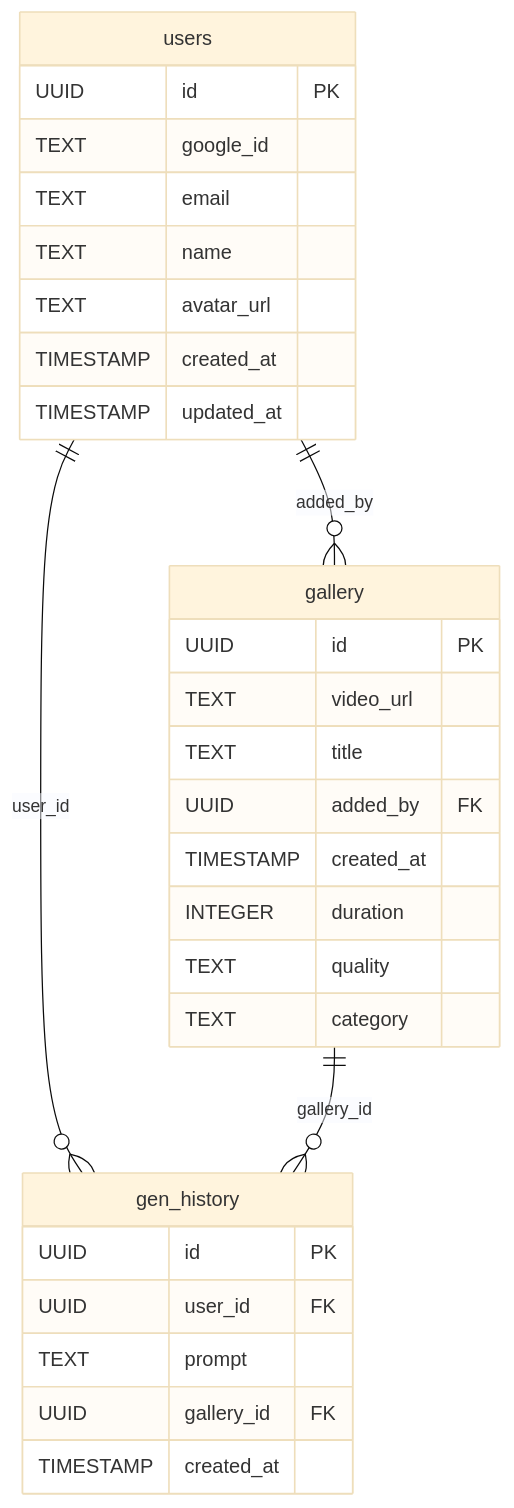
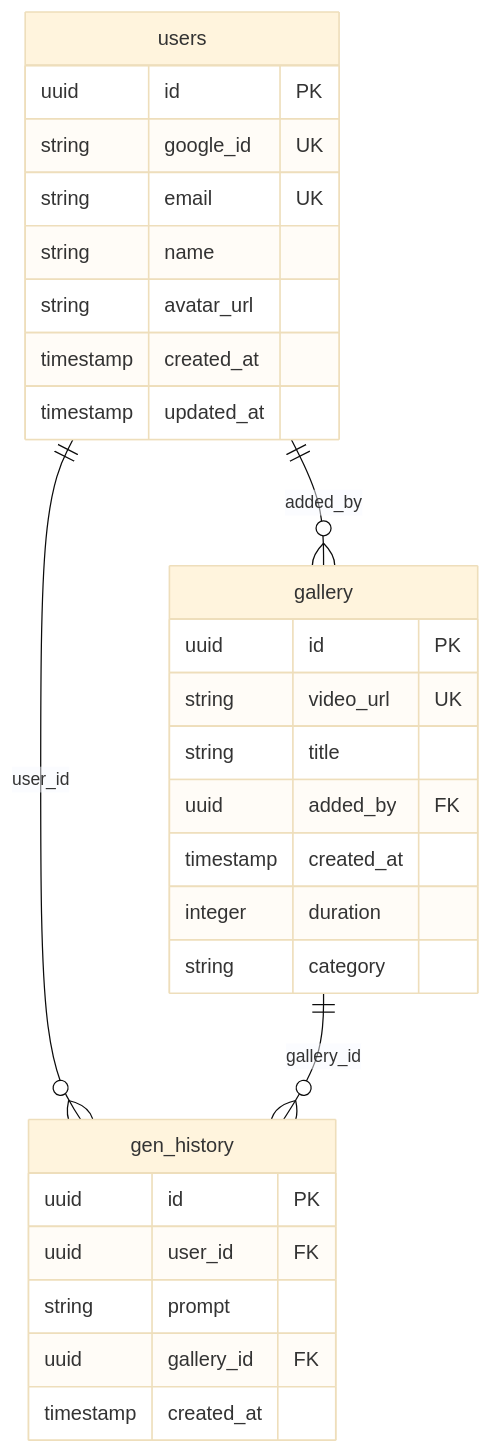
The diagram in diagram/database_schema.mmd (anhhuy007/ai-video-generator), drawn with Mermaid (base theme) before and after one commit. The commit also changed 3 other files, not shown here.

Commit message:
fix: ERD database + class diagram

```diff
--- a/diagram/database_schema.mmd
+++ b/diagram/database_schema.mmd
@@ -1,33 +1,32 @@
 erDiagram
+    users ||--o{ gallery : "added_by"
+    users ||--o{ gen_history : "user_id"
+    gallery ||--o{ gen_history : "gallery_id"
+
     users {
-        UUID id PK
-        TEXT google_id
-        TEXT email
-        TEXT name
-        TEXT avatar_url
-        TIMESTAMP created_at
-        TIMESTAMP updated_at
+        uuid id PK
+        string google_id UK
+        string email UK
+        string name
+        string avatar_url
+        timestamp created_at
+        timestamp updated_at
     }
 
     gallery {
-        UUID id PK
-        TEXT video_url
-        TEXT title
-        UUID added_by FK
-        TIMESTAMP created_at
-        INTEGER duration
-        TEXT quality
-        TEXT category
+        uuid id PK
+        string video_url UK
+        string title
+        uuid added_by FK
+        timestamp created_at
+        integer duration
+        string category
     }
 
     gen_history {
-        UUID id PK
-        UUID user_id FK
-        TEXT prompt
-        UUID gallery_id FK
-        TIMESTAMP created_at
+        uuid id PK
+        uuid user_id FK
+        string prompt
+        uuid gallery_id FK
+        timestamp created_at
     }
-
-    users ||--o{ gallery : "added_by"
-    users ||--o{ gen_history : "user_id"
-    gallery ||--o{ gen_history : "gallery_id"
```
